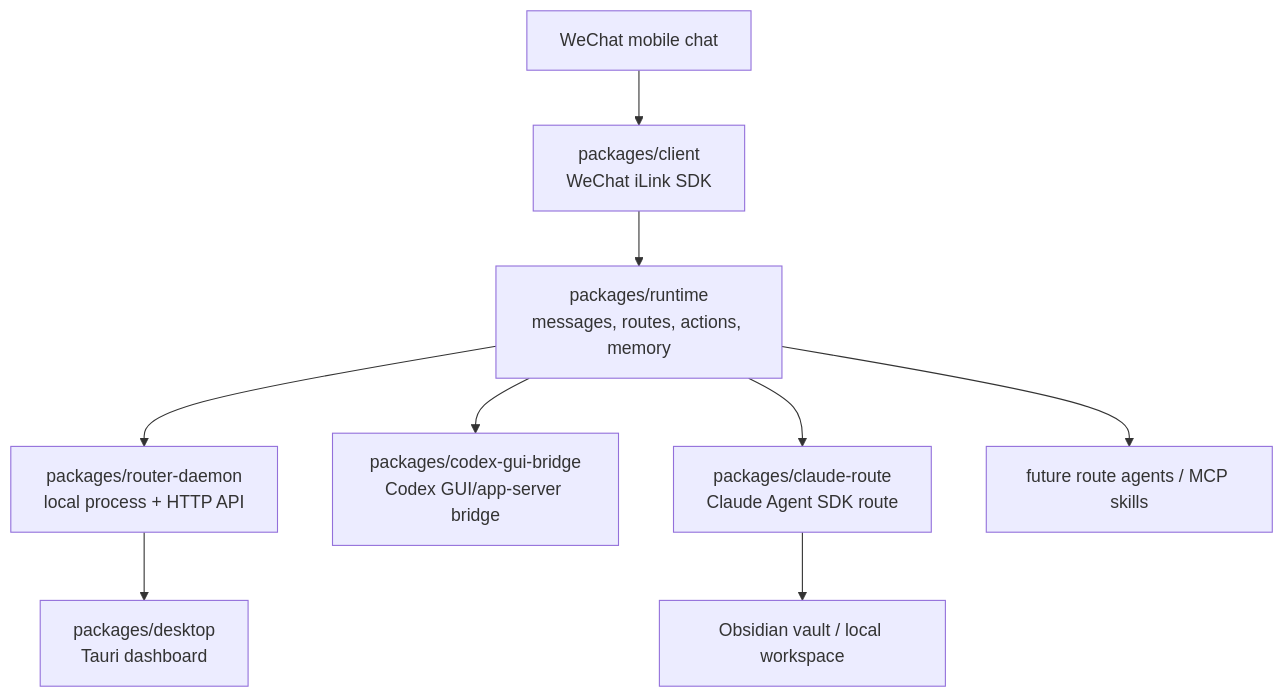
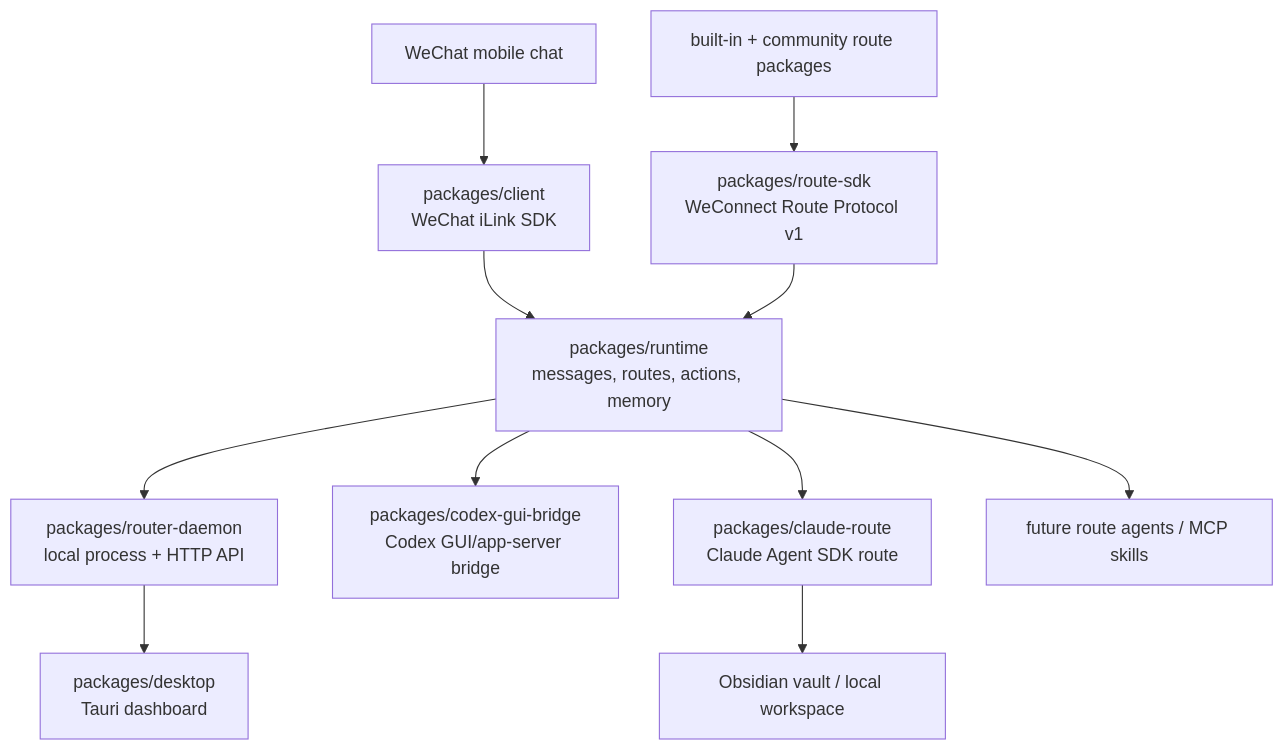
Before and after one commit to WillbsoluteVodka/wechat2all: the diagram in README.md, drawn with Mermaid. The commit also changed other lines of this file and 100 other files, not shown here.

Commit message:
Introduce modular route packages and SDK

````diff
--- a/README.md
+++ b/README.md
@@ -13,11 +13,13 @@
 ```mermaid
 flowchart TD
   W["WeChat mobile chat"] --> C["packages/client<br/>WeChat iLink SDK"]
   C --> R["packages/runtime<br/>messages, routes, actions, memory"]
+  S["packages/route-sdk<br/>WeConnect Route Protocol v1"] --> R
+  P["built-in + community route packages"] --> S
   R --> D["packages/router-daemon<br/>local process + HTTP API"]
   D --> UI["packages/desktop<br/>Tauri dashboard"]
   R --> CG["packages/codex-gui-bridge<br/>Codex GUI/app-server bridge"]
   R --> CL["packages/claude-route<br/>Claude Agent SDK route"]
   CL --> V["Obsidian vault / local workspace"]
   R --> A["future route agents / MCP skills"]
 ```
````
